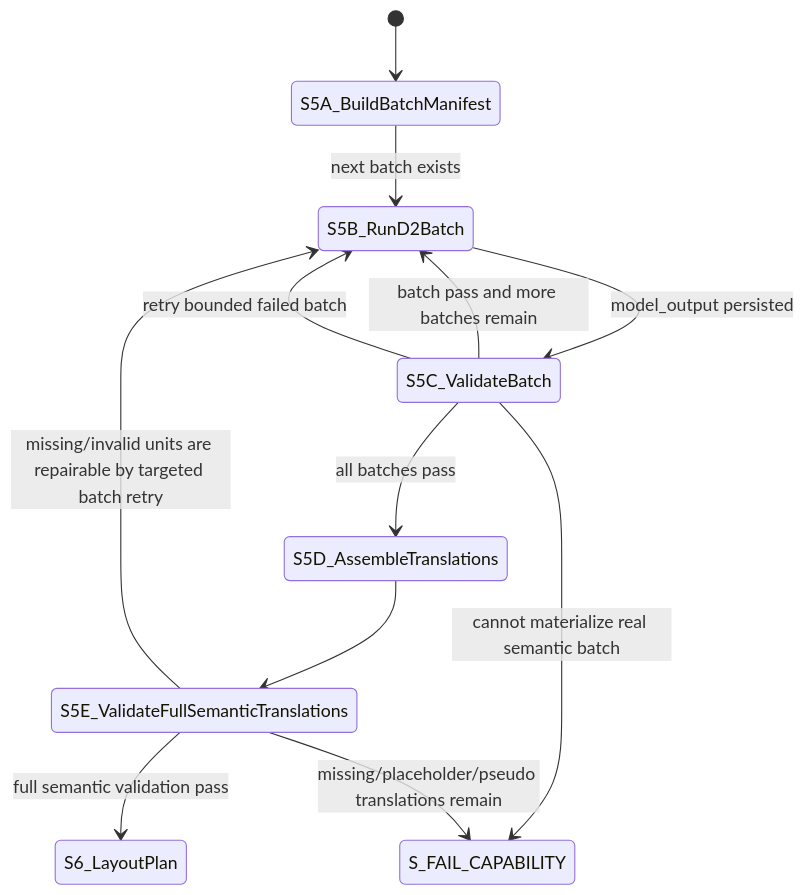
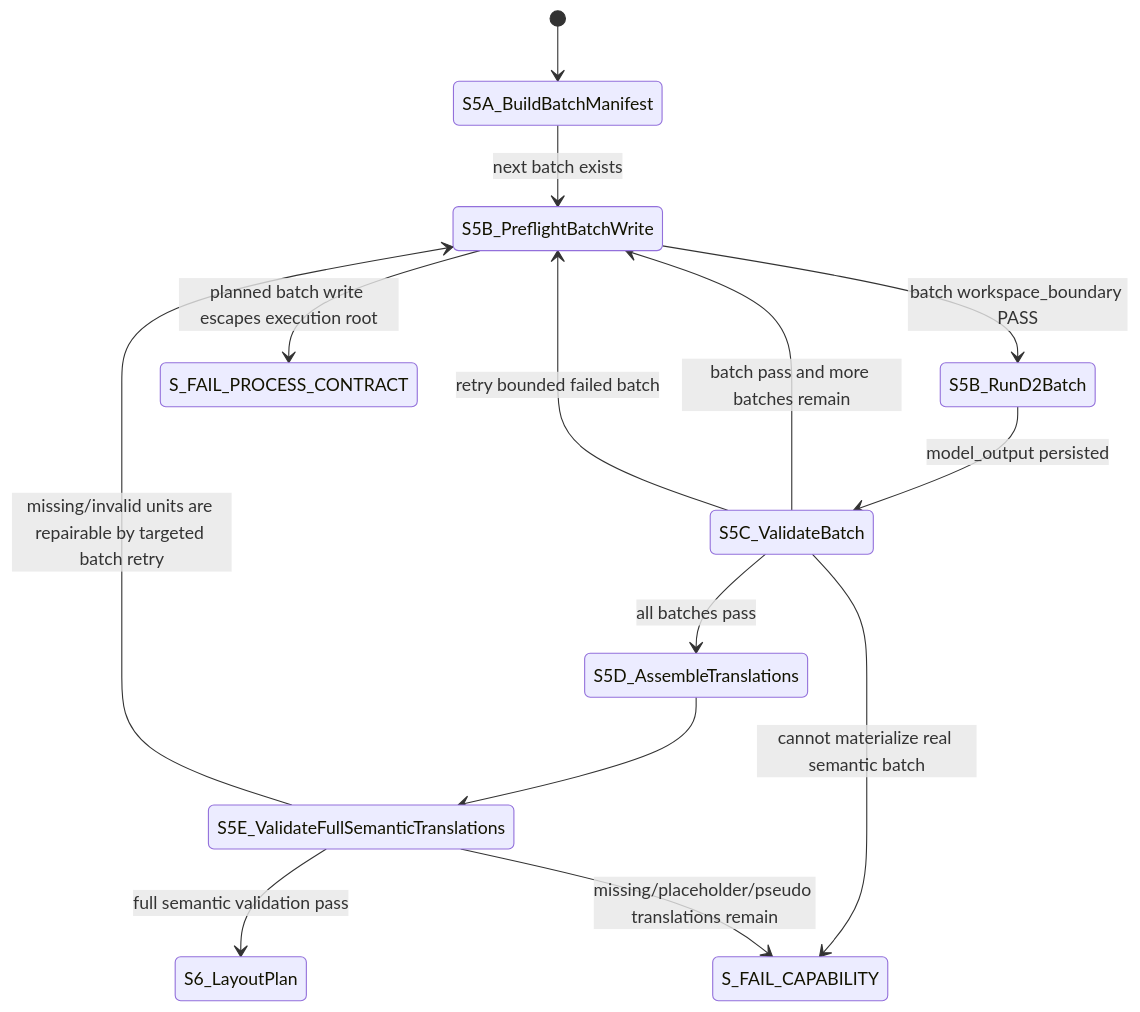
The second of 8 diagrams in docs/业务流程/PDF_语义翻译回填_标准流程设计.md (huacc/transflow), drawn with Mermaid before and after one commit. The commit also changed other lines of this file and 11 other files, not shown here.

Commit message:
Add workspace boundary guard to PDF workflow

````diff
--- a/docs/业务流程/PDF_语义翻译回填_标准流程设计.md
+++ b/docs/业务流程/PDF_语义翻译回填_标准流程设计.md
@@ -342,14 +376,16 @@
 ```mermaid
 stateDiagram-v2
   [*] --> S5A_BuildBatchManifest
-  S5A_BuildBatchManifest --> S5B_RunD2Batch: next batch exists
+  S5A_BuildBatchManifest --> S5B_PreflightBatchWrite: next batch exists
+  S5B_PreflightBatchWrite --> S5B_RunD2Batch: batch workspace_boundary PASS
+  S5B_PreflightBatchWrite --> S_FAIL_PROCESS_CONTRACT: planned batch write escapes execution root
   S5B_RunD2Batch --> S5C_ValidateBatch: model_output persisted
-  S5C_ValidateBatch --> S5B_RunD2Batch: batch pass and more batches remain
+  S5C_ValidateBatch --> S5B_PreflightBatchWrite: batch pass and more batches remain
   S5C_ValidateBatch --> S5D_AssembleTranslations: all batches pass
-  S5C_ValidateBatch --> S5B_RunD2Batch: retry bounded failed batch
+  S5C_ValidateBatch --> S5B_PreflightBatchWrite: retry bounded failed batch
   S5C_ValidateBatch --> S_FAIL_CAPABILITY: cannot materialize real semantic batch
   S5D_AssembleTranslations --> S5E_ValidateFullSemanticTranslations
   S5E_ValidateFullSemanticTranslations --> S6_LayoutPlan: full semantic validation pass
-  S5E_ValidateFullSemanticTranslations --> S5B_RunD2Batch: missing/invalid units are repairable by targeted batch retry
+  S5E_ValidateFullSemanticTranslations --> S5B_PreflightBatchWrite: missing/invalid units are repairable by targeted batch retry
   S5E_ValidateFullSemanticTranslations --> S_FAIL_CAPABILITY: missing/placeholder/pseudo translations remain
 ```
````
